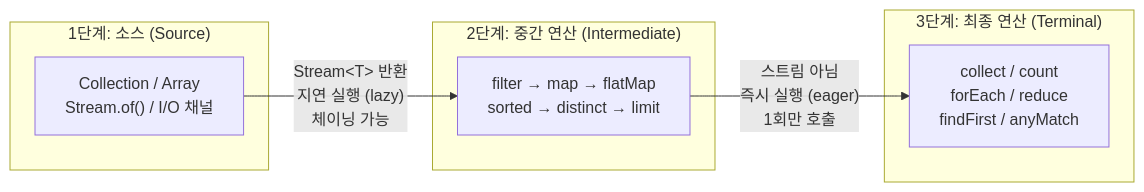
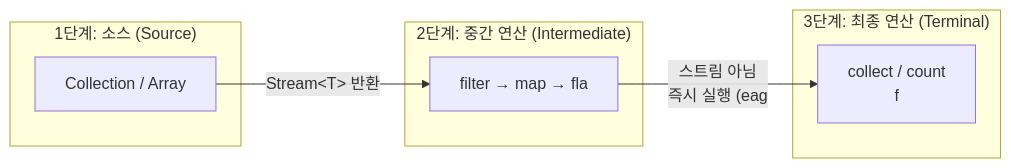
Before and after one commit to yjkim2015/yjkim2015.github.io: the second of 4 diagrams in _posts/java/2026-05-01-java-stream.md, drawn with Mermaid. The commit also changed 271 other files, not shown here.

First line of the commit message:
Mermaid 라벨 축소: 긴 노드 텍스트 18자 이하로 트림 + \n 제거

````diff
--- a/_posts/java/2026-05-01-java-stream.md
+++ b/_posts/java/2026-05-01-java-stream.md
@@ -68,14 +68,14 @@
 ```mermaid
 graph LR
   subgraph "1단계: 소스 (Source)"
-    A["Collection / Array\nStream.of() / I/O 채널"]
+    A["Collection / Array"]
   end
   subgraph "2단계: 중간 연산 (Intermediate)"
-    B["filter → map → flatMap\nsorted → distinct → limit"]
+    B["filter → map → fla"]
   end
   subgraph "3단계: 최종 연산 (Terminal)"
-    C["collect / count\nforEach / reduce\nfindFirst / anyMatch"]
+    C["collect / count\nf"]
   end
-  A -->|"Stream&lt;T&gt; 반환\n지연 실행 (lazy)\n체이닝 가능"| B
-  B -->|"스트림 아님\n즉시 실행 (eager)\n1회만 호출"| C
+  A -->|"Stream&lt;T&gt; 반환"| B
+  B -->|"스트림 아님\n즉시 실행 (eag"| C
 ```
````
